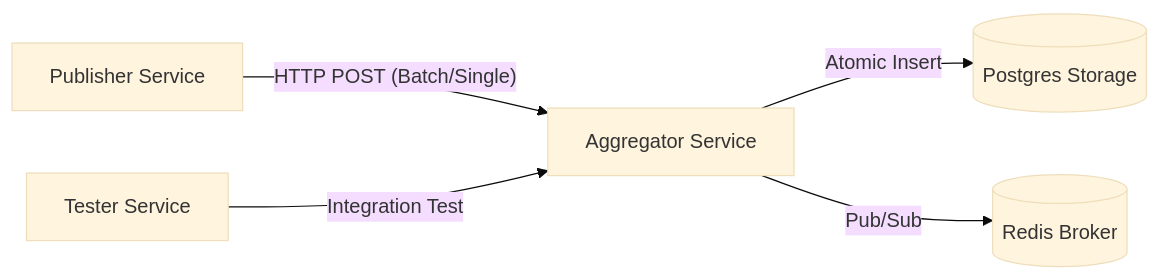
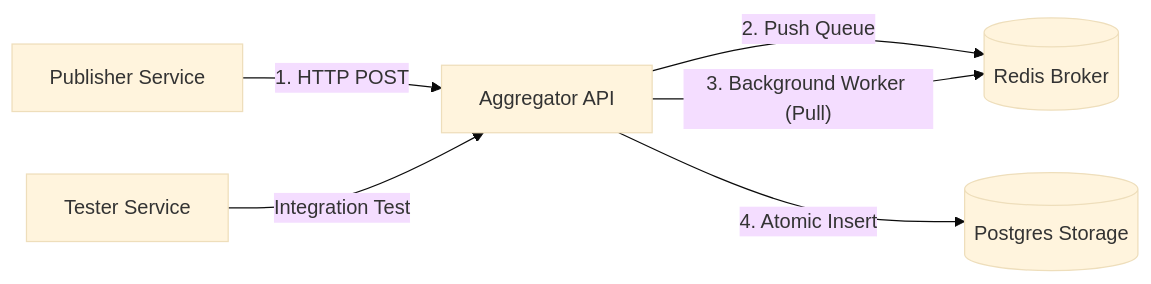
One commit to Wiraproject/uas-aggregator changed the diagram in README.md. Above: the diagram before and after it, drawn with Mermaid (base theme). The commit also changed other lines of this file and 5 other files, not shown here.

````diff
--- a/README.md
+++ b/README.md
@@ -19,7 +21,8 @@
 ```mermaid
 graph LR
-    P[Publisher Service] -- HTTP POST (Batch/Single) --> A[Aggregator Service]
-    A -- Atomic Insert --> D[(Postgres Storage)]
-    A -- Pub/Sub --> R[(Redis Broker)]
+    P[Publisher Service] -- 1. HTTP POST --> A[Aggregator API]
+    A -- 2. Push Queue --> R[(Redis Broker)]
+    A -- 3. Background Worker (Pull) --> R
+    A -- 4. Atomic Insert --> D[(Postgres Storage)]
     T[Tester Service] -- Integration Test --> A
 ```
````
